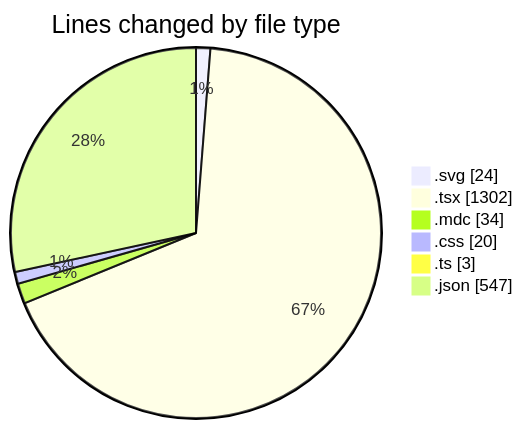
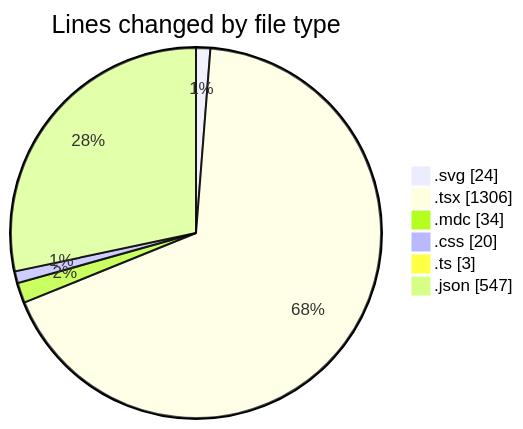
Before and after one commit to EIIisD/code-tracking: the first of 2 diagrams in 2025-07-18/ribbon/README.md, drawn with Mermaid. The commit also changed other lines of this file and 1 other file, not shown here.

````diff
--- a/2025-07-18/ribbon/README.md
+++ b/2025-07-18/ribbon/README.md
@@ -27,10 +27,10 @@
 ```mermaid
 pie showData
 title Lines changed by file type
 ".svg" : 24
-".tsx" : 1302
+".tsx" : 1306
 ".mdc" : 34
 ".css" : 20
 ".ts" : 3
 ".json" : 547
 ```
````
